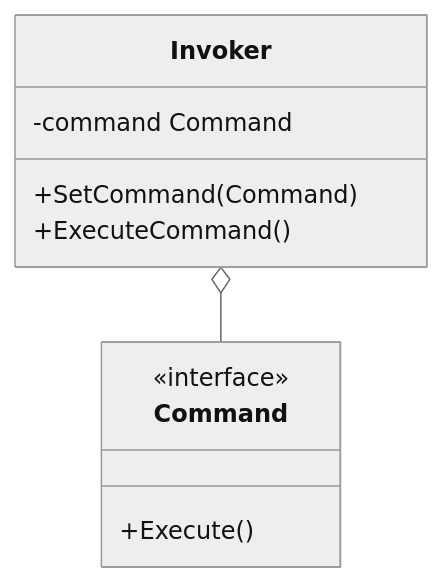
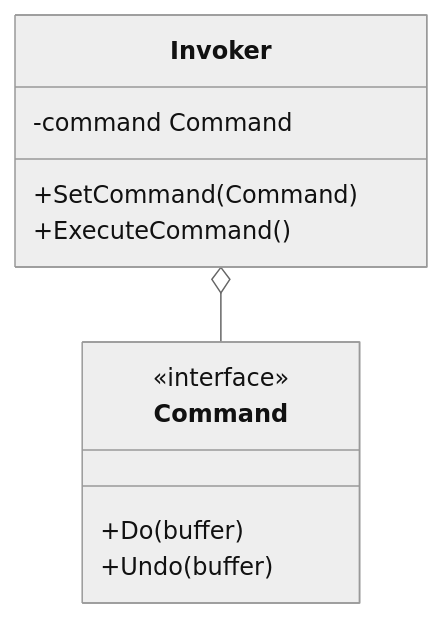
Before and after one commit to sokoide/design-patterns: the third of 3 diagrams in book/04_day4_behavioral_2.md, drawn with Mermaid (neutral theme). The commit also changed other lines of this file and 9 other files, not shown here.

````diff
--- a/book/04_day4_behavioral_2.md
+++ b/book/04_day4_behavioral_2.md
@@ -146,13 +145,14 @@
 ```mermaid
 classDiagram
     class Invoker {
         -command Command
         +SetCommand(Command)
         +ExecuteCommand()
     }
     class Command {
         <<interface>>
-        +Execute()
+        +Do(buffer)
+        +Undo(buffer)
     }
     Invoker o-- Command
 ```
````
